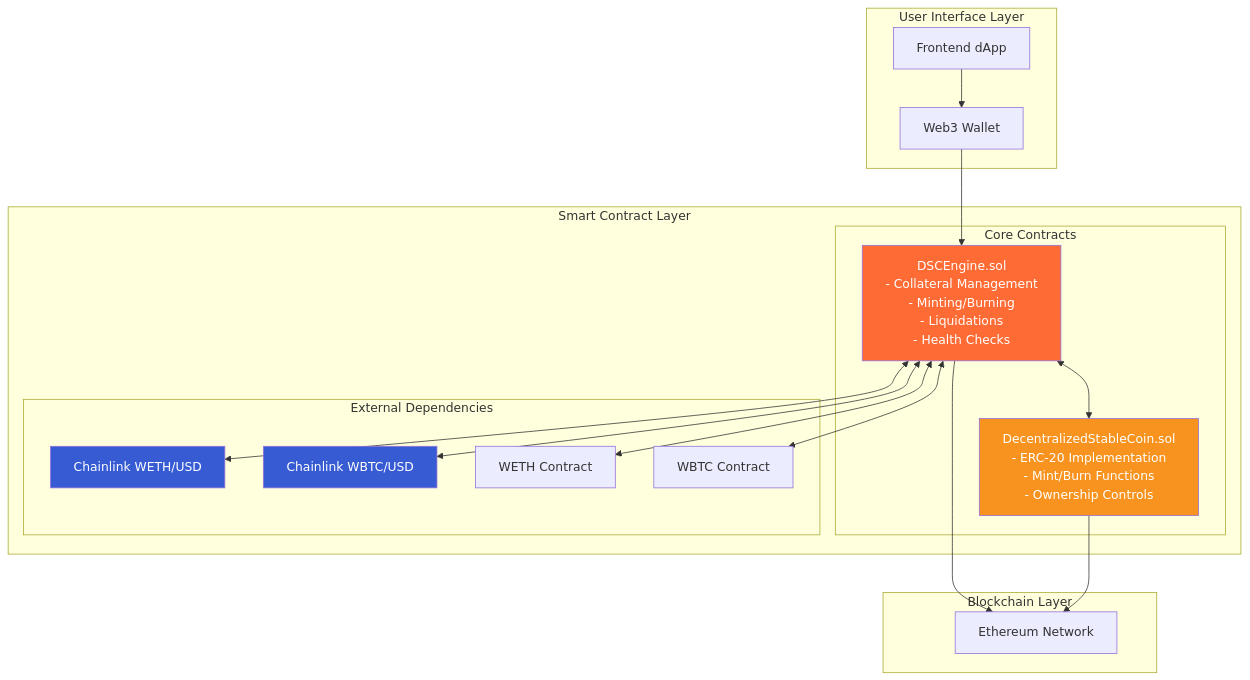
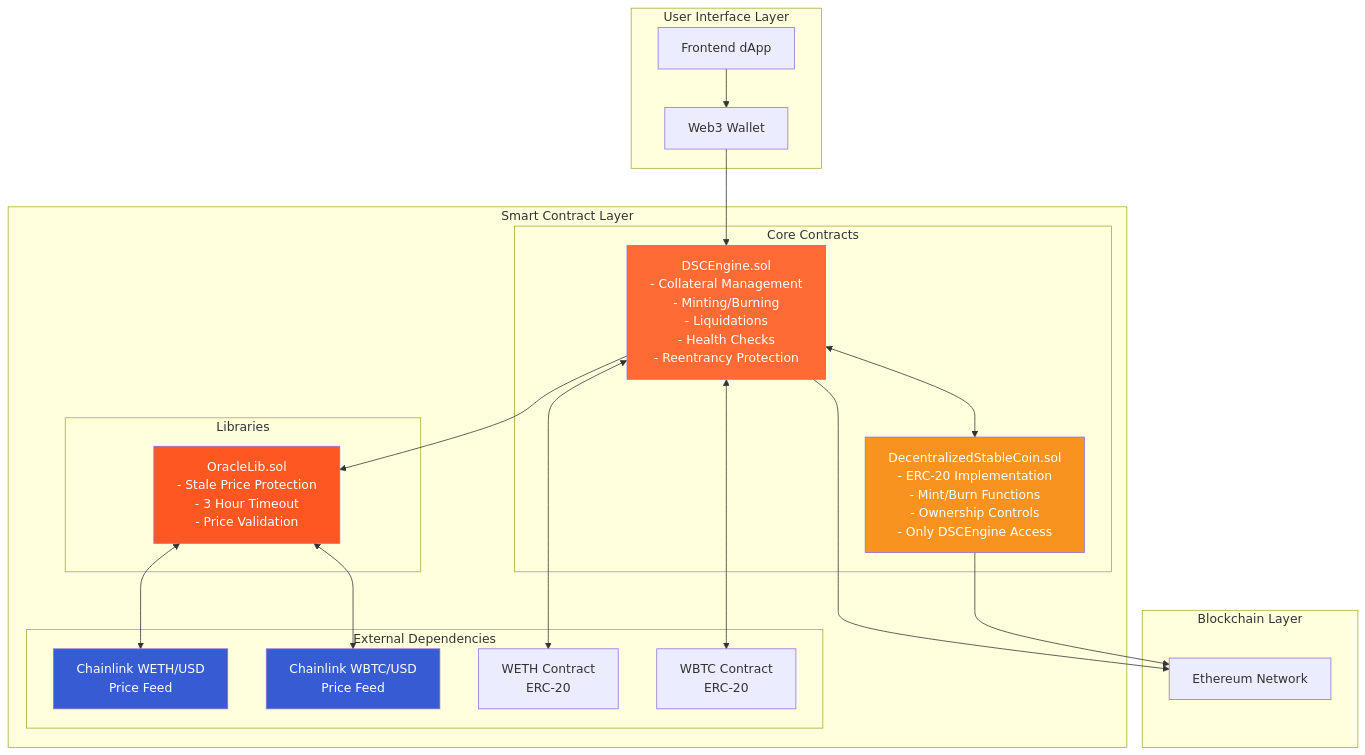
Before and after one commit to chauhan-varun/Valora-stablecoin-contract: the third of 4 diagrams in README.md, drawn with Mermaid. The commit also changed other lines of this file, not shown here.

Commit message:
Update README to enhance documentation of system components and interactions; clarify roles of OracleLib and its integration with price feeds, and improve descriptions of user and liquidator actions in the collateral management process.

````diff
--- a/README.md
+++ b/README.md
@@ -139,41 +156,47 @@
 ```mermaid
 graph TB
     subgraph "User Interface Layer"
         UI[Frontend dApp]
         Web3[Web3 Wallet]
     end
     
     subgraph "Smart Contract Layer"
         subgraph "Core Contracts"
-            Engine[DSCEngine.sol<br/>- Collateral Management<br/>- Minting/Burning<br/>- Liquidations<br/>- Health Checks]
-            Token[DecentralizedStableCoin.sol<br/>- ERC-20 Implementation<br/>- Mint/Burn Functions<br/>- Ownership Controls]
+            Engine[DSCEngine.sol<br/>- Collateral Management<br/>- Minting/Burning<br/>- Liquidations<br/>- Health Checks<br/>- Reentrancy Protection]
+            Token[DecentralizedStableCoin.sol<br/>- ERC-20 Implementation<br/>- Mint/Burn Functions<br/>- Ownership Controls<br/>- Only DSCEngine Access]
+        end
+        
+        subgraph "Libraries"
+            OracleLib[OracleLib.sol<br/>- Stale Price Protection<br/>- 3 Hour Timeout<br/>- Price Validation]
         end
         
         subgraph "External Dependencies"
-            Oracle1[Chainlink WETH/USD]
-            Oracle2[Chainlink WBTC/USD]
-            WETH[WETH Contract]
-            WBTC[WBTC Contract]
+            Oracle1[Chainlink WETH/USD<br/>Price Feed]
+            Oracle2[Chainlink WBTC/USD<br/>Price Feed]
+            WETH[WETH Contract<br/>ERC-20]
+            WBTC[WBTC Contract<br/>ERC-20]
         end
     end
     
     subgraph "Blockchain Layer"
         Ethereum[Ethereum Network]
     end
     
     UI --> Web3
     Web3 --> Engine
     Engine <--> Token
-    Engine <--> Oracle1
-    Engine <--> Oracle2
+    Engine --> OracleLib
+    OracleLib <--> Oracle1
+    OracleLib <--> Oracle2
     Engine <--> WETH
     Engine <--> WBTC
     
     Engine --> Ethereum
     Token --> Ethereum
     
     style Engine fill:#ff6b35,color:#fff
     style Token fill:#f7931e,color:#fff
+    style OracleLib fill:#ff5722,color:#fff
     style Oracle1 fill:#375bd2,color:#fff
     style Oracle2 fill:#375bd2,color:#fff
 ```
````
